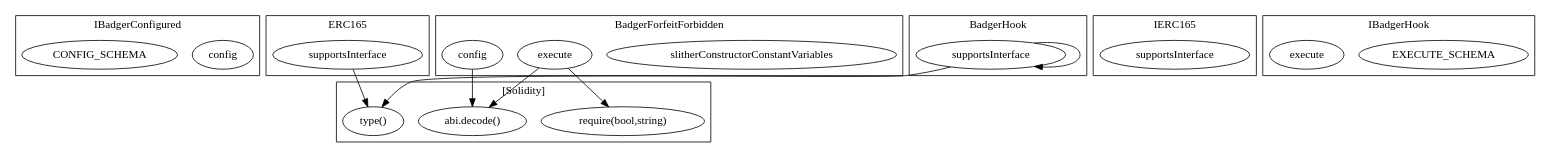
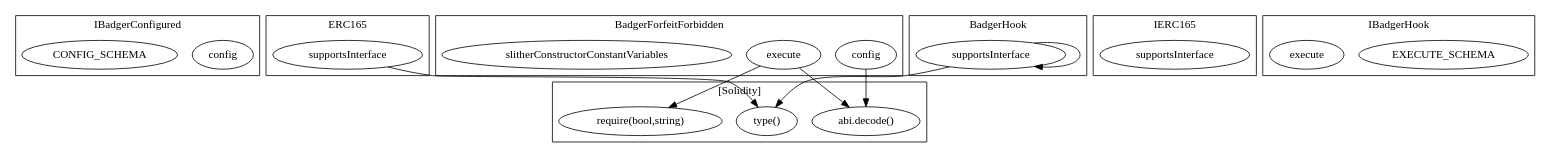
Before and after one commit to FlipsideCrypto/badger: the diagram in contracts/build/...BadgerForfeitForbidden.call-graph.dot, drawn with Graphviz. The commit also changed other lines of this file and 23 other files, not shown here.

```diff
--- a/contracts/build/...BadgerForfeitForbidden.call-graph.dot
+++ b/contracts/build/...BadgerForfeitForbidden.call-graph.dot
@@ -1,36 +1,36 @@
 strict digraph {
 subgraph cluster_6468_IBadgerConfigured {
 label = "IBadgerConfigured"
 "6468_config" [label="config"]
 "6468_CONFIG_SCHEMA" [label="CONFIG_SCHEMA"]
 }subgraph cluster_3081_ERC165 {
 label = "ERC165"
 "3081_supportsInterface" [label="supportsInterface"]
 }subgraph cluster_5324_BadgerForfeitForbidden {
 label = "BadgerForfeitForbidden"
+"5324_config" [label="config"]
+"5324_execute" [label="execute"]
 "5324_slitherConstructorConstantVariables" [label="slitherConstructorConstantVariables"]
-"5324_execute" [label="execute"]
-"5324_config" [label="config"]
 }subgraph cluster_3093_IERC165 {
 label = "IERC165"
 "3093_supportsInterface" [label="supportsInterface"]
 }subgraph cluster_6488_IBadgerHook {
 label = "IBadgerHook"
 "6488_EXECUTE_SCHEMA" [label="EXECUTE_SCHEMA"]
 "6488_execute" [label="execute"]
 }subgraph cluster_4956_BadgerHook {
 label = "BadgerHook"
 "4956_supportsInterface" [label="supportsInterface"]
 "4956_supportsInterface" -> "4956_supportsInterface"
 }subgraph cluster_solidity {
 label = "[Solidity]"
+"type()" 
 "require(bool,string)" 
 "abi.decode()" 
-"type()" 
-"5324_execute" -> "abi.decode()"
+"3081_supportsInterface" -> "type()"
 "5324_execute" -> "require(bool,string)"
 "4956_supportsInterface" -> "type()"
-"3081_supportsInterface" -> "type()"
+"5324_execute" -> "abi.decode()"
 "5324_config" -> "abi.decode()"
 }
 }
```
